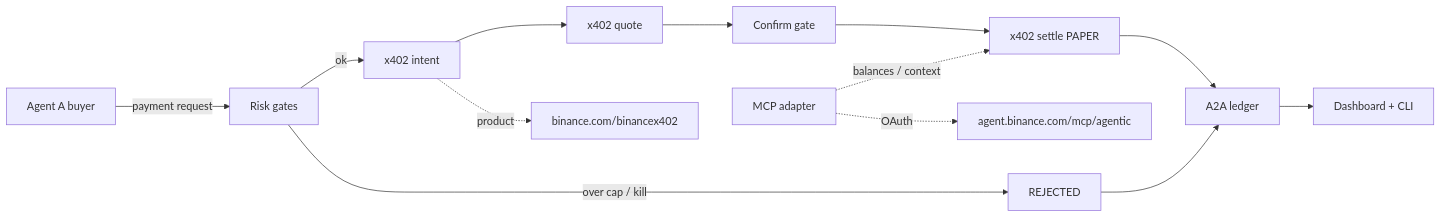
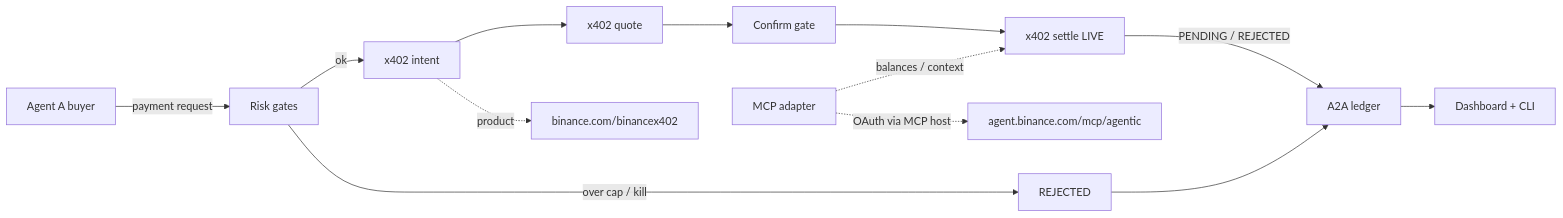
The diagram in README.md (herewegoagain4436-creator/paypulse-binance-agent-os), drawn with Mermaid before and after one commit. The commit also changed other lines of this file and 20 other files, not shown here.

````diff
--- a/README.md
+++ b/README.md
@@ -28,15 +32,15 @@
 ```mermaid
 flowchart LR
   Buyer[Agent A buyer] -->|payment request| Risk[Risk gates]
   Risk -->|ok| Intent[x402 intent]
   Intent --> Quote[x402 quote]
   Quote --> Confirm[Confirm gate]
-  Confirm --> Settle[x402 settle PAPER]
+  Confirm --> Settle[x402 settle LIVE]
   Risk -->|over cap / kill| Reject[REJECTED]
-  Settle --> Ledger[A2A ledger]
+  Settle -->|PENDING / REJECTED| Ledger[A2A ledger]
   MCP[MCP adapter] -.->|balances / context| Settle
-  MCP -.->|OAuth| BinanceMcp[agent.binance.com/mcp/agentic]
+  MCP -.->|OAuth via MCP host| BinanceMcp[agent.binance.com/mcp/agentic]
   Intent -.->|product| X402[binance.com/binancex402]
   Ledger --> UI[Dashboard + CLI]
   Reject --> Ledger
 ```
````
